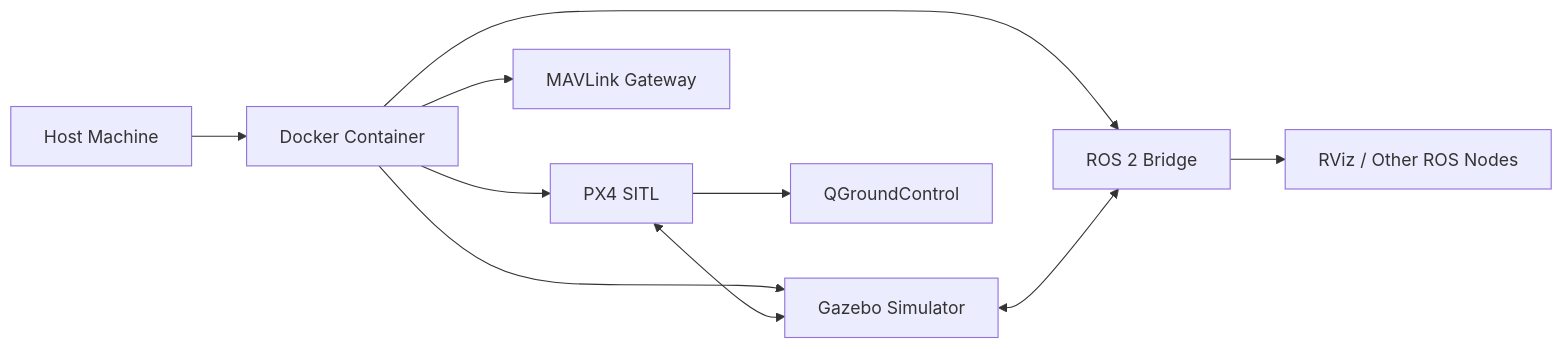
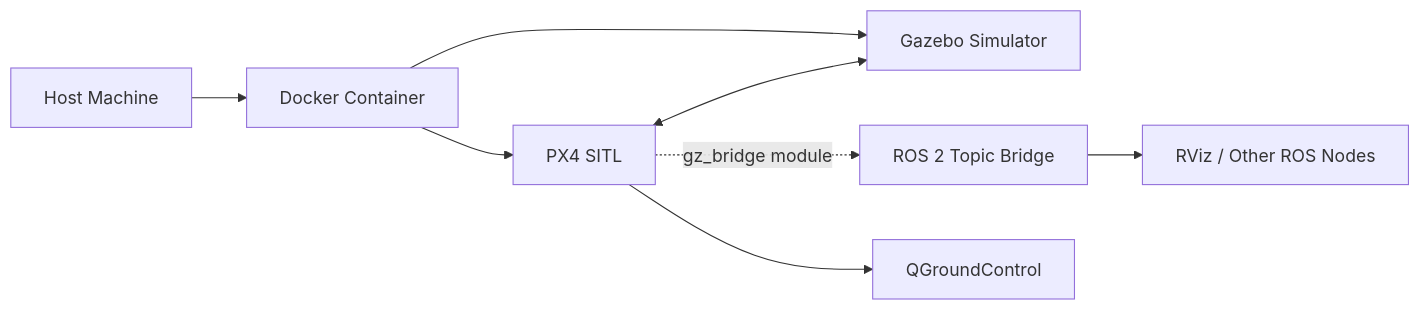
The diagram in docs/getting-started/docker-launch.md (Episode253/VisionFlow-PX4-public), drawn with Mermaid before and after one commit. The commit also changed other lines of this file and 14 other files, not shown here.

````diff
--- a/docs/getting-started/docker-launch.md
+++ b/docs/getting-started/docker-launch.md
@@ -7,12 +7,10 @@
 ```mermaid
 graph LR
     A["Host Machine"] --> B["Docker Container"]
     B --> C["PX4 SITL"]
     B --> D["Gazebo Simulator"]
-    B --> E["ROS 2 Bridge"]
-    B --> F["MAVLink Gateway"]
     C <--> D
-    D <--> E
+    C -.->|"gz_bridge module"| E["ROS 2 Topic Bridge"]
     E --> G["RViz / Other ROS Nodes"]
     C --> H["QGroundControl"]
 ```
````
